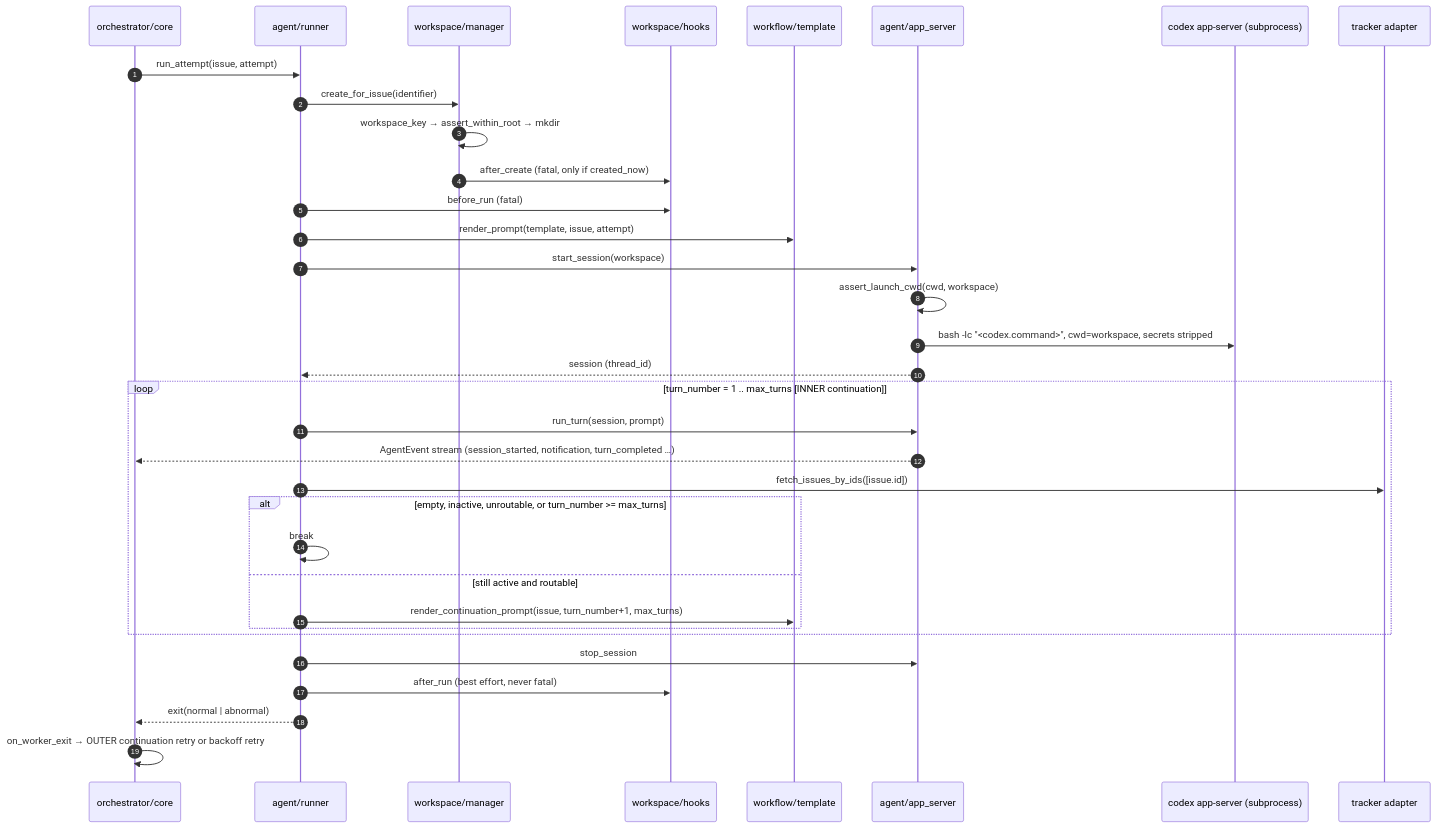
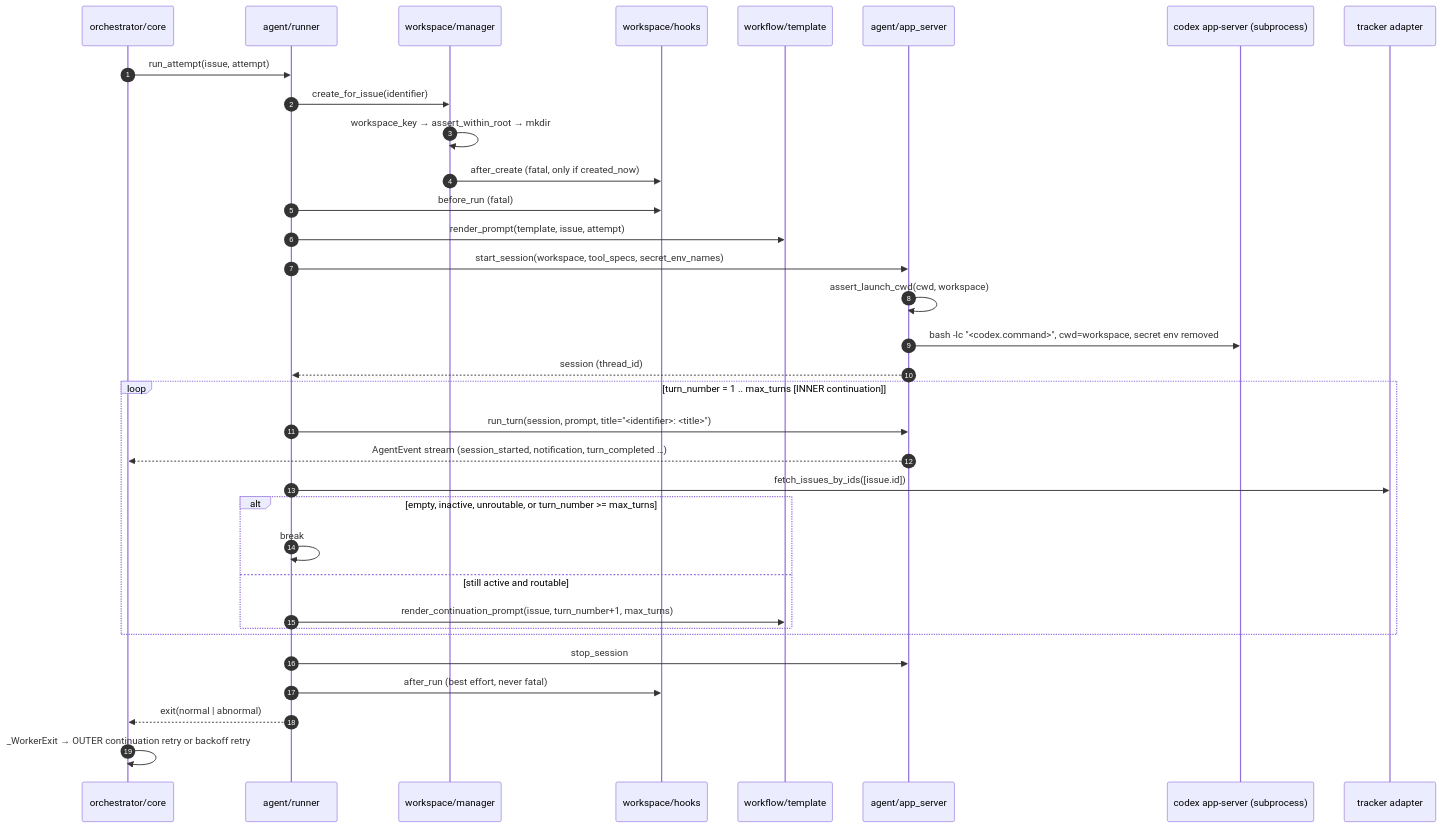
One commit to OpenCnid/symphony-python changed the third of 3 diagrams in docs/ARCHITECTURE.md. Above: the diagram before and after it, drawn with Mermaid. The commit also changed other lines of this file and 1 other file, not shown here.

````diff
--- a/docs/ARCHITECTURE.md
+++ b/docs/ARCHITECTURE.md
@@ -325,39 +361,39 @@
 ```mermaid
 sequenceDiagram
     autonumber
     participant Core as orchestrator/core
     participant Run as agent/runner
     participant WM as workspace/manager
     participant Hk as workspace/hooks
     participant Tpl as workflow/template
     participant AS as agent/app_server
     participant Cx as codex app-server (subprocess)
     participant Tr as tracker adapter
 
     Core->>Run: run_attempt(issue, attempt)
     Run->>WM: create_for_issue(identifier)
     WM->>WM: workspace_key → assert_within_root → mkdir
     WM->>Hk: after_create (fatal, only if created_now)
     Run->>Hk: before_run (fatal)
     Run->>Tpl: render_prompt(template, issue, attempt)
-    Run->>AS: start_session(workspace)
+    Run->>AS: start_session(workspace, tool_specs, secret_env_names)
     AS->>AS: assert_launch_cwd(cwd, workspace)
-    AS->>Cx: bash -lc "<codex.command>", cwd=workspace, secrets stripped
+    AS->>Cx: bash -lc "<codex.command>", cwd=workspace, secret env removed
     AS-->>Run: session (thread_id)
 
     loop turn_number = 1 .. max_turns   [INNER continuation]
-        Run->>AS: run_turn(session, prompt)
+        Run->>AS: run_turn(session, prompt, title="<identifier>: <title>")
         AS-->>Core: AgentEvent stream (session_started, notification, turn_completed …)
         Run->>Tr: fetch_issues_by_ids([issue.id])
         alt empty, inactive, unroutable, or turn_number >= max_turns
             Run->>Run: break
         else still active and routable
             Run->>Tpl: render_continuation_prompt(issue, turn_number+1, max_turns)
         end
     end
 
     Run->>AS: stop_session
     Run->>Hk: after_run (best effort, never fatal)
     Run-->>Core: exit(normal | abnormal)
-    Core->>Core: on_worker_exit → OUTER continuation retry or backoff retry
+    Core->>Core: _WorkerExit → OUTER continuation retry or backoff retry
 ```
````
